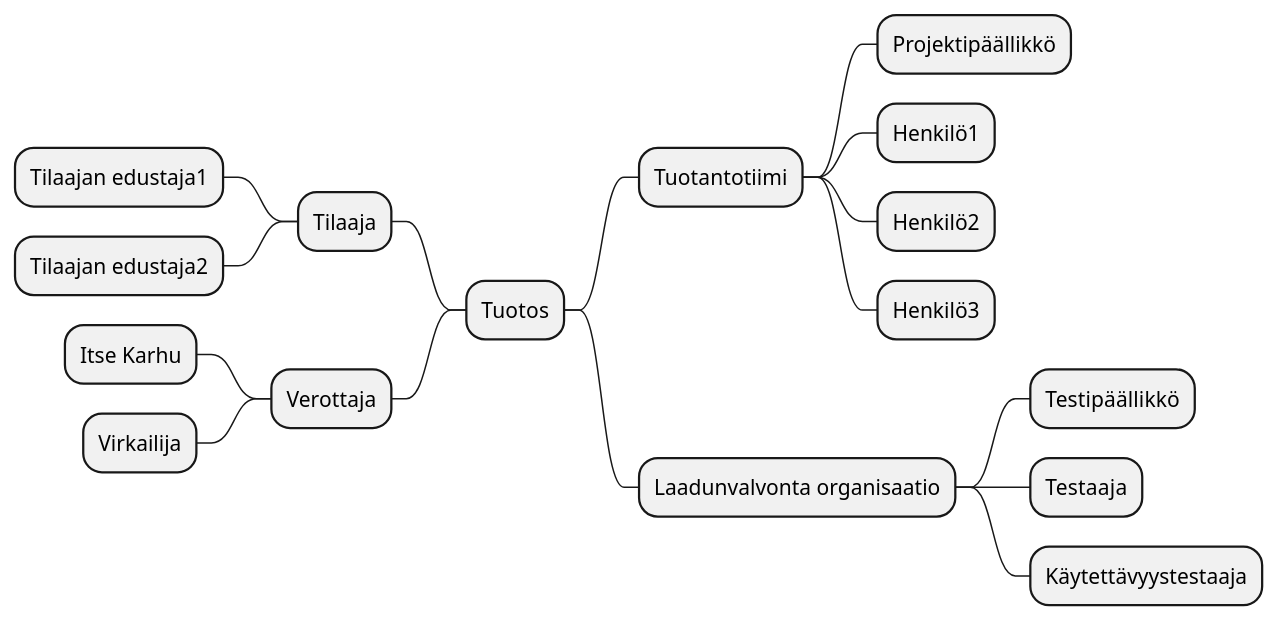
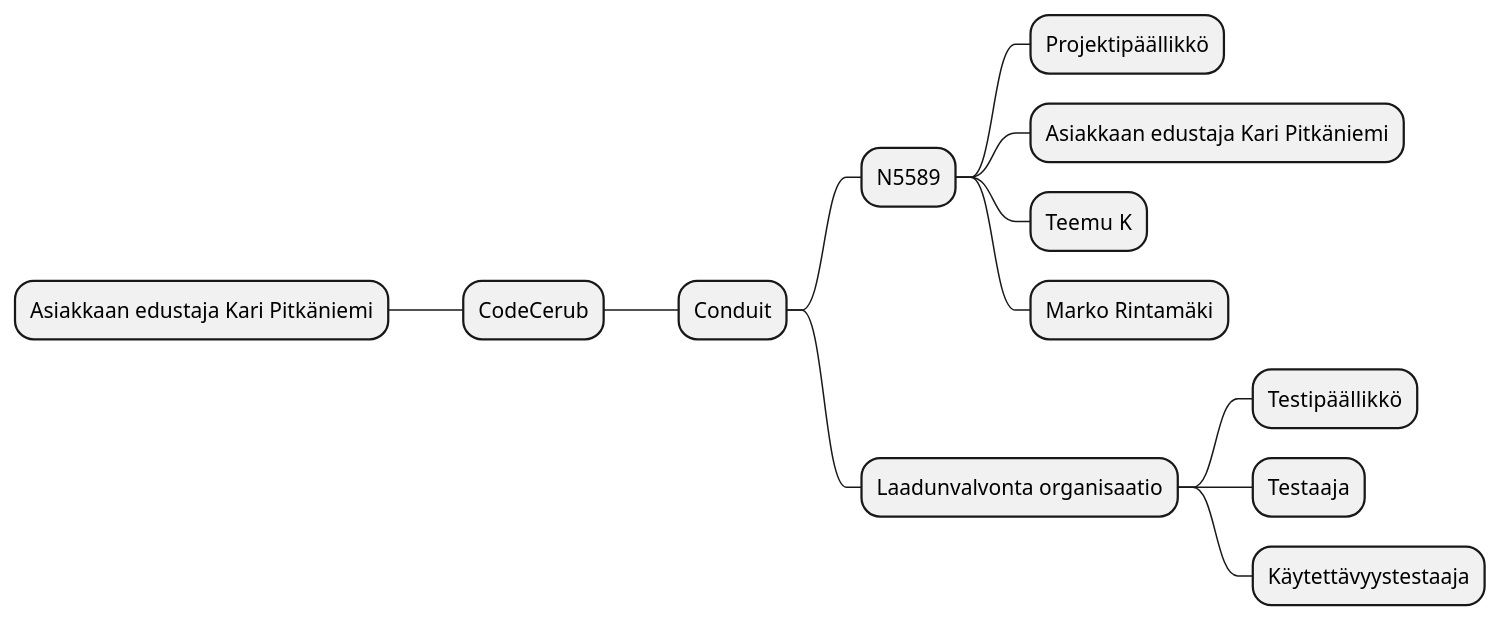
The first of 2 diagrams in dokumentit/10-Projektihallinta/projektisuunnitelma.md (Pipe80/Projekti-ja-k-yt-neteet-kurssi), drawn with PlantUML before and after one commit. The commit also changed other lines of this file, not shown here.

````diff
--- a/dokumentit/10-Projektihallinta/projektisuunnitelma.md
+++ b/dokumentit/10-Projektihallinta/projektisuunnitelma.md
@@ -66,20 +66,16 @@
 ```plantuml
 @startmindmap
-+ Tuotos
-++ Tuotantotiimi
++ Conduit
+++ N5589
 +++ Projektipäällikkö
-+++ Henkilö1
-+++ Henkilö2
-+++ Henkilö3
--- Tilaaja
---- Tilaajan edustaja1
---- Tilaajan edustaja2
++++ Asiakkaan edustaja Kari Pitkäniemi
++++ Teemu K
++++  Marko Rintamäki
+-- CodeCerub
+--- Asiakkaan edustaja Kari Pitkäniemi
 ++ Laadunvalvonta organisaatio
 +++ Testipäällikkö
 +++ Testaaja
 +++ Käytettävyystestaaja
--- Verottaja
---- Itse Karhu
---- Virkailija
 @endmindmap
 ```
````
